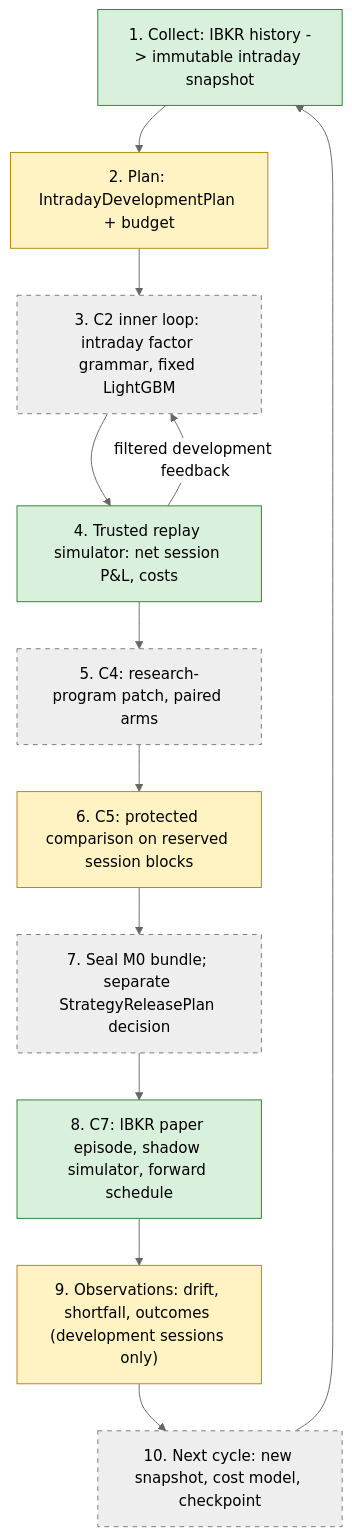
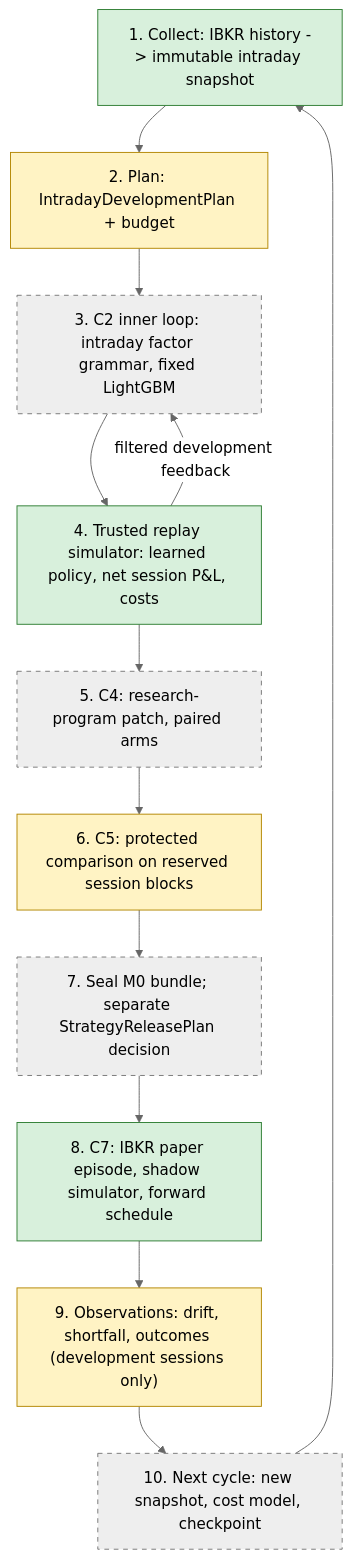
The second of 8 diagrams in docs/intraday_ibkr_design.md (chickeyton/Quant_RSI), drawn with Mermaid (neutral theme) before and after one commit. The commit also changed other lines of this file and 14 other files, not shown here.

````diff
--- a/docs/intraday_ibkr_design.md
+++ b/docs/intraday_ibkr_design.md
@@ -647,21 +768,21 @@
 ```mermaid
 flowchart TD
     A["1. Collect: IBKR history -> immutable intraday snapshot"] --> B["2. Plan: IntradayDevelopmentPlan + budget"]
     B --> C["3. C2 inner loop: intraday factor grammar, fixed LightGBM"]
-    C --> D["4. Trusted replay simulator: net session P&L, costs"]
+    C --> D["4. Trusted replay simulator: learned policy, net session P&L, costs"]
     D -->|"filtered development feedback"| C
     D --> E["5. C4: research-program patch, paired arms"]
     E --> F["6. C5: protected comparison on reserved session blocks"]
     F --> G["7. Seal M0 bundle; separate StrategyReleasePlan decision"]
     G --> H["8. C7: IBKR paper episode, shadow simulator, forward schedule"]
     H --> I["9. Observations: drift, shortfall, outcomes (development sessions only)"]
     I --> J["10. Next cycle: new snapshot, cost model, checkpoint"]
     J --> A
 
     classDef done fill:#d8f0dc,stroke:#2e7d32,color:#000
     classDef partial fill:#fff3c4,stroke:#b38600,color:#000
     classDef todo fill:#eeeeee,stroke:#777,stroke-dasharray:5 5,color:#000
     class A,D,H done
     class B,F,I partial
     class C,E,G,J todo
 ```
````
